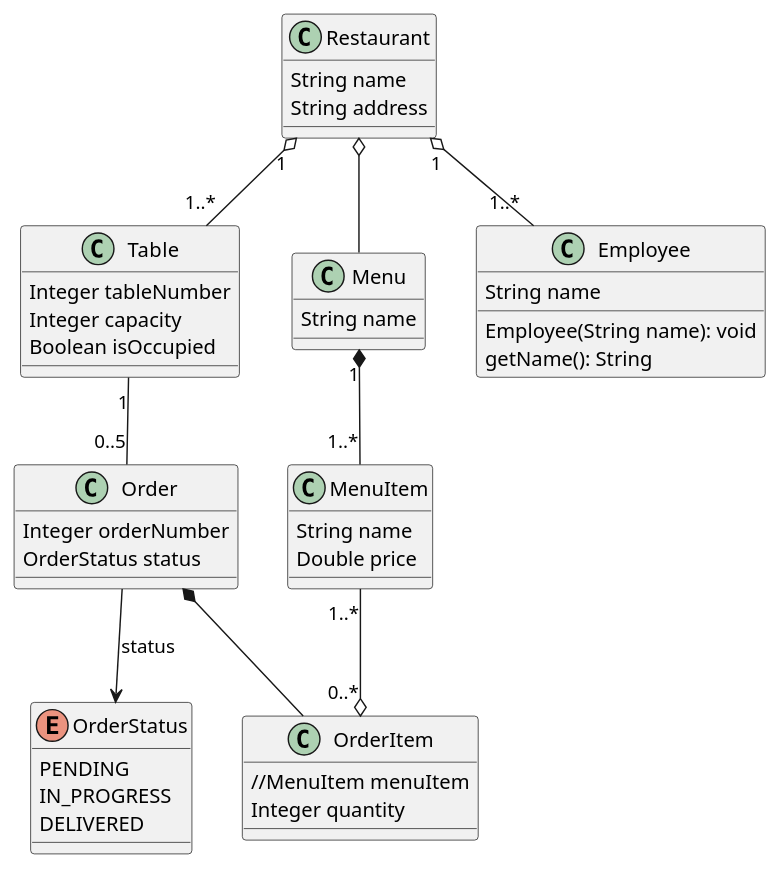
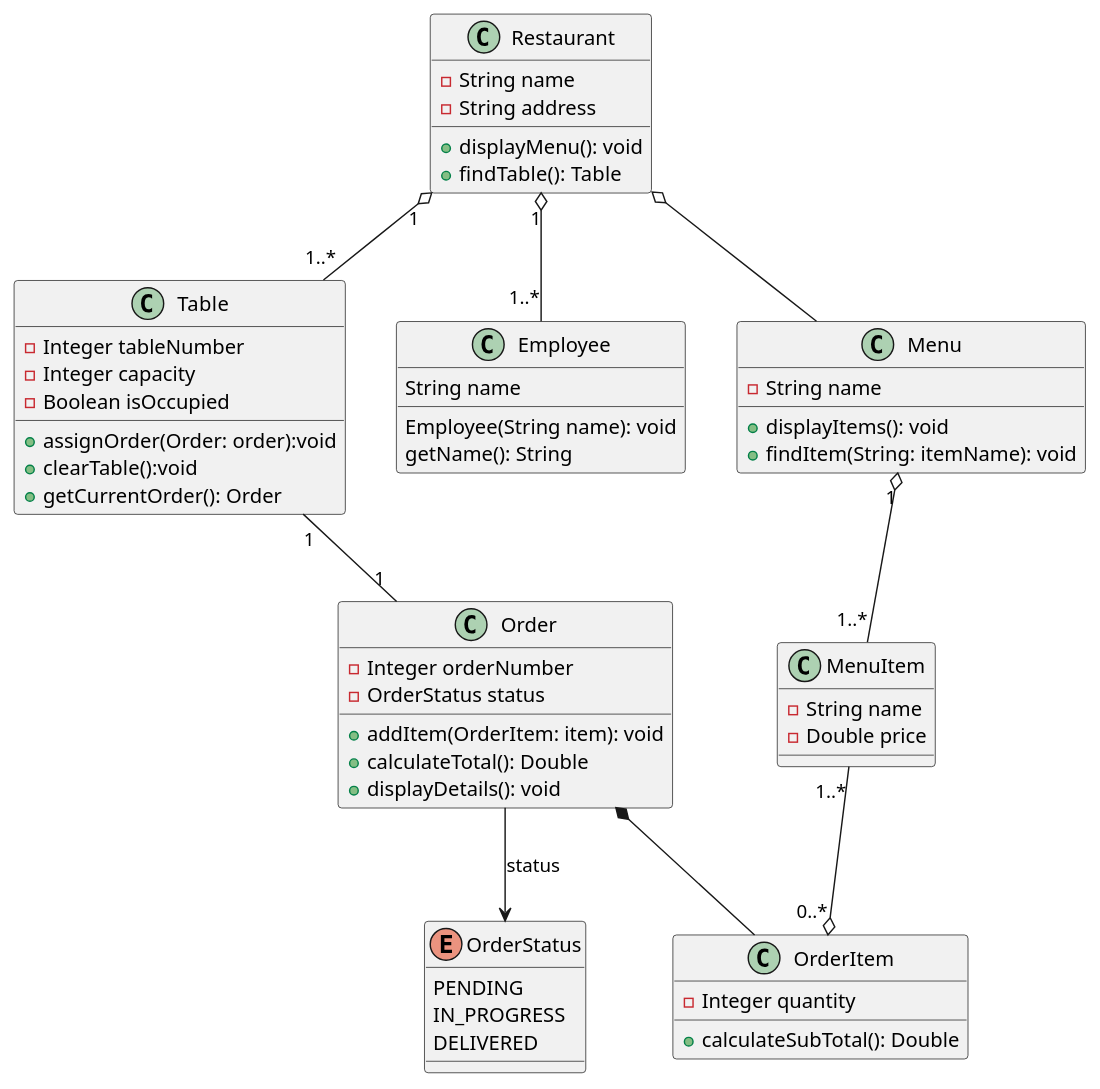
The diagram in uml/restaurante.plantuml (juanse217/Restaurant), drawn with PlantUML before and after one commit. The commit also changed 10 other files, not shown here.

```diff
--- a/uml/restaurante.plantuml
+++ b/uml/restaurante.plantuml
@@ -1,64 +1,76 @@
 @startuml Restaurante
+
+'estas son relaciones de agregacion de Restaurante'
+Restaurant "1" o-- "1..*" Table
+Restaurant "1" o-- "1..*" Employee
+Restaurant o-- Menu 
+
 class Restaurant{
-    String name
-    String address
+    -String name
+    -String address
+
+    +displayMenu(): void
+    +findTable(): Table
+}
+
+'Relacion de asociacion'
+Table "1" -- "1" Order
+class Table{
+    -Integer tableNumber
+    -Integer capacity
+    -Boolean isOccupied
+
+    +assignOrder(Order: order):void
+    +clearTable():void
+    +getCurrentOrder(): Order
 
 }
 
-class Table{
-    Integer tableNumber
-    Integer capacity
-    Boolean isOccupied
+class MenuItem{
+    -String name
+    -Double price
 }
 
-class MenuItem{
-    String name
-    Double price
-}
+MenuItem "1..*" --o "0..*" OrderItem
 
 class OrderItem{
-    //MenuItem menuItem
-    Integer quantity
+    -Integer quantity
+    +calculateSubTotal(): Double
 }
 
 'las ordenes tienen status que nunca cambian, por tanto es buena ide usar enums'
+Order *-- OrderItem
 
+'Relacion que generamos nosotros'
+Order --> OrderStatus: status
 class Order{
-    Integer orderNumber
-    OrderStatus status
+    -Integer orderNumber
+    -OrderStatus status
+
+    +addItem(OrderItem: item): void
+    +calculateTotal(): Double
+    +displayDetails(): void
 }
 
 enum OrderStatus{
     PENDING
     IN_PROGRESS
     DELIVERED
 }
 
+'Relacion de composicion'
+Menu "1" o--  "1..*" MenuItem
 class Menu{
-    String name
+    -String name
+    +displayItems(): void
+    +findItem(String: itemName): void
 }
 
 class Employee{
     String name
 
     Employee(String name): void
     getName(): String
 }
 
-'estas son relaciones de agregacion'
-Restaurant "1" o-- "1..*" Table
-Restaurant "1" o-- "1..*" Employee
-Restaurant o-- Menu 
-
-'Relacion de asociacion'
-Table "1" -- "0..5" Order
-MenuItem "1..*" --o "0..*" OrderItem
-
-'Relacion de composicion'
-Menu "1" *--  "1..*" MenuItem
-Order *-- OrderItem
-
-'Relacion que generamos nosotros'
-Order --> OrderStatus: status
-
 @enduml
```
